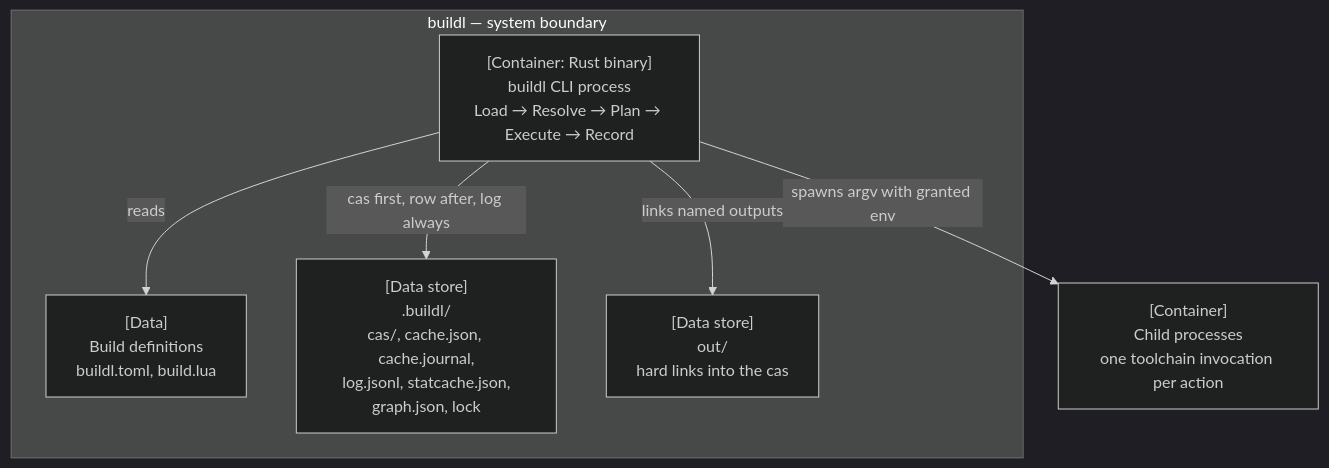
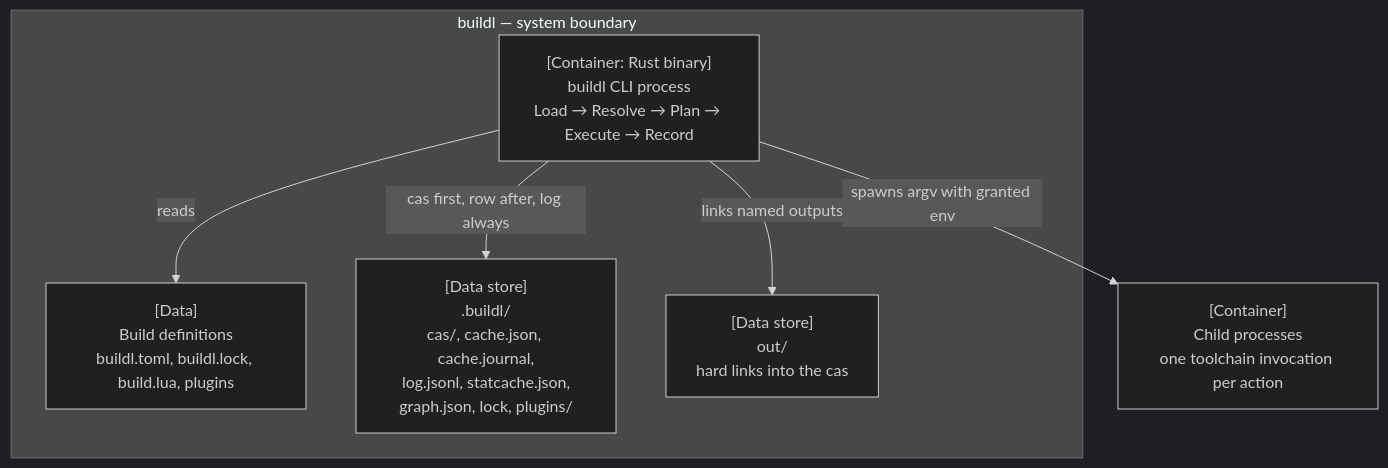
Before and after one commit to airsstack/buildl: the third of 7 diagrams in docs/architecture-building-blocks.md, drawn with Mermaid (dark theme). The commit also changed other lines of this file and 168 other files, not shown here.

First line of the commit message:
Plugins and discovery targets: buildl.toml plugins, plugins fetch, buildl.use and two-pass loading (#16)

````diff
--- a/docs/architecture-building-blocks.md
+++ b/docs/architecture-building-blocks.md
@@ -82,15 +84,15 @@
 ```mermaid
 %% C4 level 2 — containers
 graph TD
     subgraph SYS["buildl — system boundary"]
         CLIP["[Container: Rust binary]<br/>buildl CLI process<br/>Load → Resolve → Plan → Execute → Record"]
-        DEFS["[Data]<br/>Build definitions<br/>buildl.toml, build.lua"]
-        STATE["[Data store]<br/>.buildl/<br/>cas/, cache.json, cache.journal,<br/>log.jsonl, statcache.json,<br/>graph.json, lock"]
+        DEFS["[Data]<br/>Build definitions<br/>buildl.toml, buildl.lock, build.lua, plugins"]
+        STATE["[Data store]<br/>.buildl/<br/>cas/, cache.json, cache.journal,<br/>log.jsonl, statcache.json,<br/>graph.json, lock, plugins/"]
         OUT["[Data store]<br/>out/<br/>hard links into the cas"]
     end
     CHILD["[Container]<br/>Child processes<br/>one toolchain invocation per action"]
     CLIP -->|"reads"| DEFS
     CLIP -->|"cas first, row after, log always"| STATE
     CLIP -->|"links named outputs"| OUT
     CLIP -->|"spawns argv with granted env"| CHILD
 ```
````
